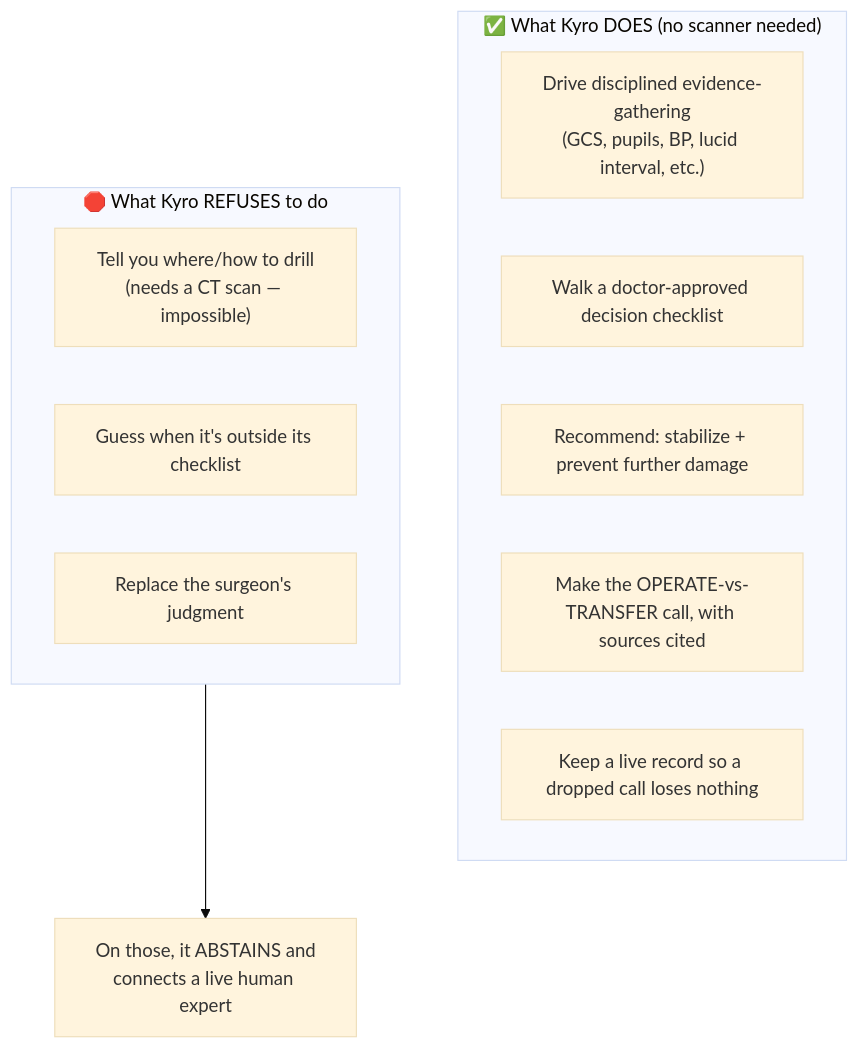
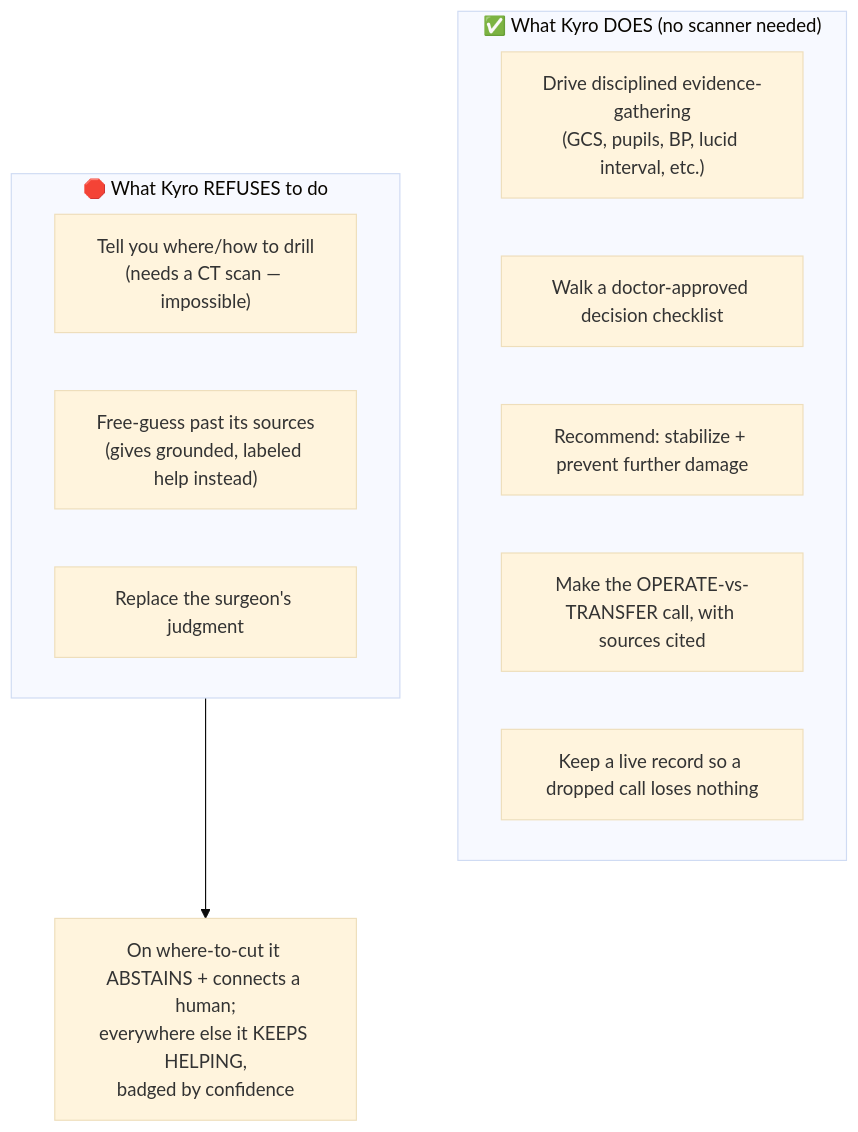
One commit to anik1617/Team_43 changed the third of 5 diagrams in docs/onboarding/01-product.md. Above: the diagram before and after it, drawn with Mermaid (base theme). The commit also changed other lines of this file and 8 other files, not shown here.

````diff
--- a/docs/onboarding/01-product.md
+++ b/docs/onboarding/01-product.md
@@ -90,16 +90,16 @@
 ```mermaid
 flowchart TD
     subgraph DOES["✅ What Kyro DOES (no scanner needed)"]
         D1["Drive disciplined evidence-gathering<br/>(GCS, pupils, BP, lucid interval, etc.)"]
         D2["Walk a doctor-approved decision checklist"]
         D3["Recommend: stabilize + prevent further damage"]
         D4["Make the OPERATE-vs-TRANSFER call, with sources cited"]
         D5["Keep a live record so a dropped call loses nothing"]
     end
     subgraph DOESNT["🛑 What Kyro REFUSES to do"]
         N1["Tell you where/how to drill<br/>(needs a CT scan — impossible)"]
-        N2["Guess when it's outside its checklist"]
+        N2["Free-guess past its sources<br/>(gives grounded, labeled help instead)"]
         N3["Replace the surgeon's judgment"]
     end
-    DOESNT --> H["On those, it ABSTAINS and<br/>connects a live human expert"]
+    DOESNT --> H["On where-to-cut it ABSTAINS + connects a human;<br/>everywhere else it KEEPS HELPING,<br/>badged by confidence"]
 ```
````
